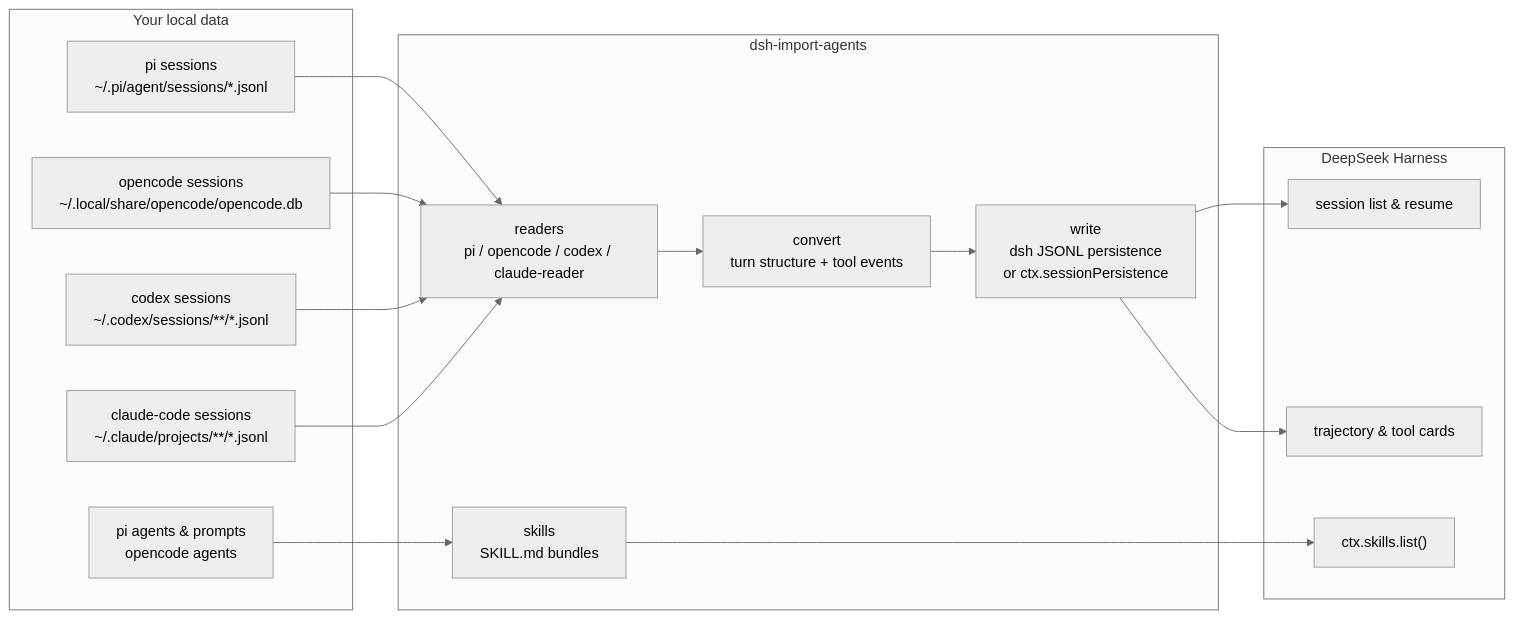
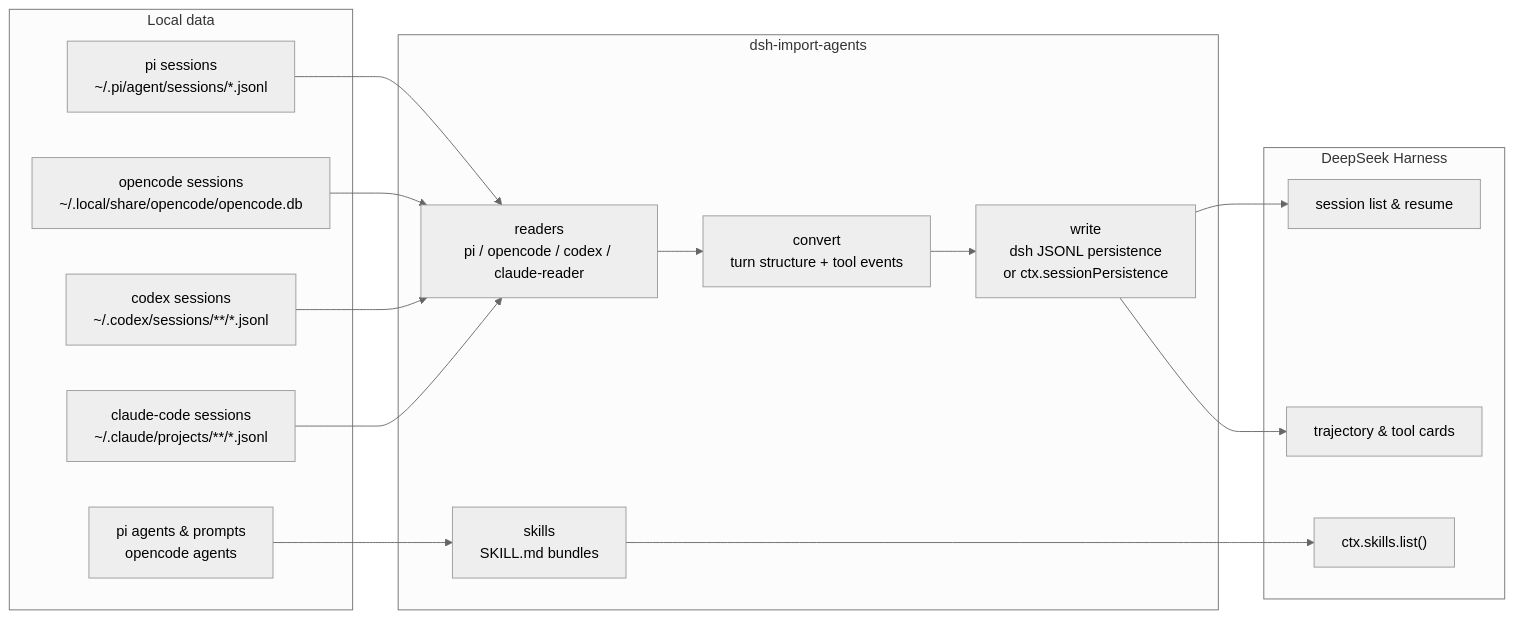
One commit to Chang-Tong/dsh-import-agents changed the diagram in README.md. Above: the diagram before and after it, drawn with Mermaid (neutral theme). The commit also changed other lines of this file and 15 other files, not shown here.

````diff
--- a/README.md
+++ b/README.md
@@ -58,29 +153,29 @@
 ```mermaid
 flowchart LR
-    subgraph sources["Your local data"]
+    subgraph sources["Local data"]
         PI["pi sessions<br/>~/.pi/agent/sessions/*.jsonl"]
         OC["opencode sessions<br/>~/.local/share/opencode/opencode.db"]
         CX["codex sessions<br/>~/.codex/sessions/**/*.jsonl"]
         CC["claude-code sessions<br/>~/.claude/projects/**/*.jsonl"]
         AG["pi agents & prompts<br/>opencode agents"]
     end
     subgraph plugin["dsh-import-agents"]
         R["readers<br/>pi / opencode / codex / claude-reader"]
         C["convert<br/>turn structure + tool events"]
         W["write<br/>dsh JSONL persistence<br/>or ctx.sessionPersistence"]
         S["skills<br/>SKILL.md bundles"]
     end
     subgraph dsh["DeepSeek Harness"]
         SL["session list & resume"]
         TR["trajectory & tool cards"]
         SK["ctx.skills.list()"]
     end
     PI --> R
     OC --> R
     CX --> R
     CC --> R
     AG --> S
     R --> C --> W --> SL
     W --> TR
     S --> SK
 ```
````
